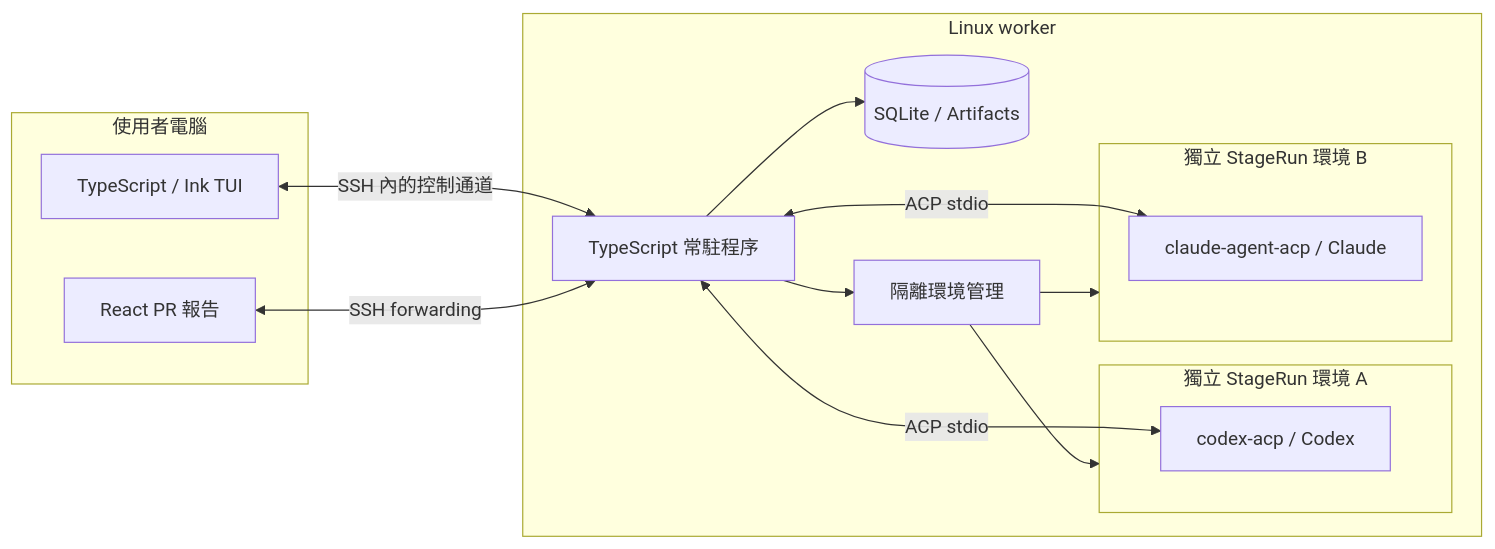
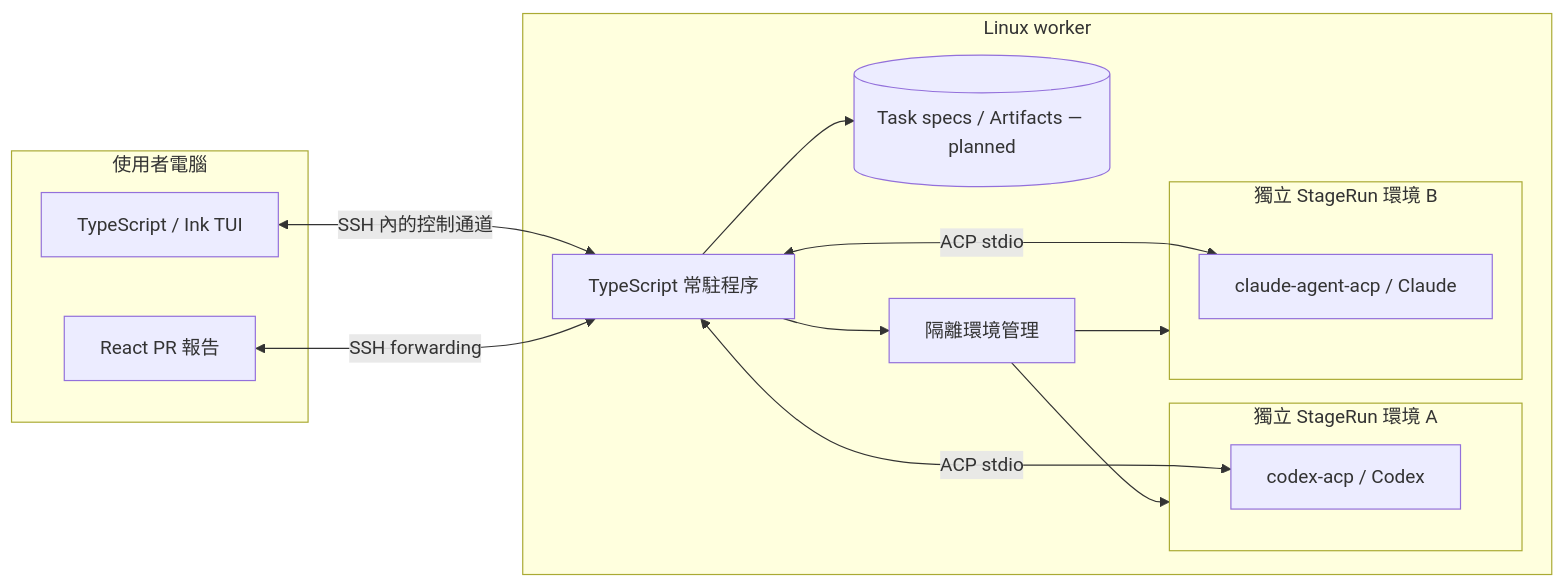
The diagram in docs/implementation-plan.md (jhowliu/agent-docket), drawn with Mermaid before and after one commit. The commit also changed other lines of this file and 55 other files, not shown here.

First line of the commit message:
Add optional roadmaps and focused project browsing

````diff
--- a/docs/implementation-plan.md
+++ b/docs/implementation-plan.md
@@ -52,26 +60,26 @@
 ```mermaid
 flowchart LR
   subgraph Local[使用者電腦]
     TUI[TypeScript / Ink TUI]
     Report[React PR 報告]
   end
   subgraph Worker[Linux worker]
     Daemon[TypeScript 常駐程序]
-    Store[(SQLite / Artifacts)]
+    Store[(Task specs / Artifacts — planned)]
     Runtime[隔離環境管理]
     subgraph RunA[獨立 StageRun 環境 A]
       Codex[codex-acp / Codex]
     end
     subgraph RunB[獨立 StageRun 環境 B]
       Claude[claude-agent-acp / Claude]
     end
     Daemon --> Store
     Daemon --> Runtime
     Daemon <-->|ACP stdio| Codex
     Daemon <-->|ACP stdio| Claude
     Runtime --> RunA
     Runtime --> RunB
   end
   TUI <-->|SSH 內的控制通道| Daemon
   Report <-->|SSH forwarding| Daemon
 ```
````
